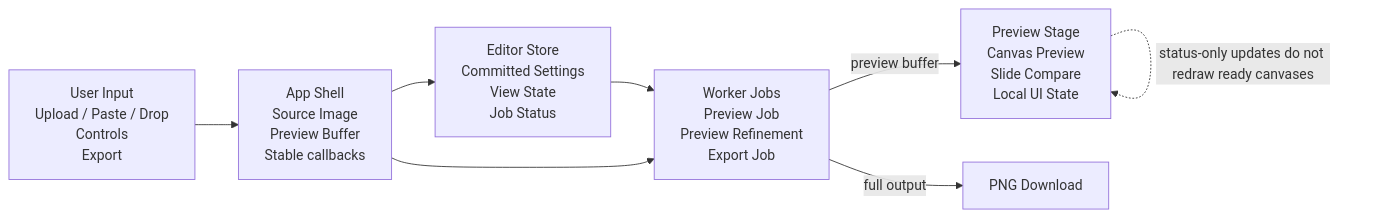
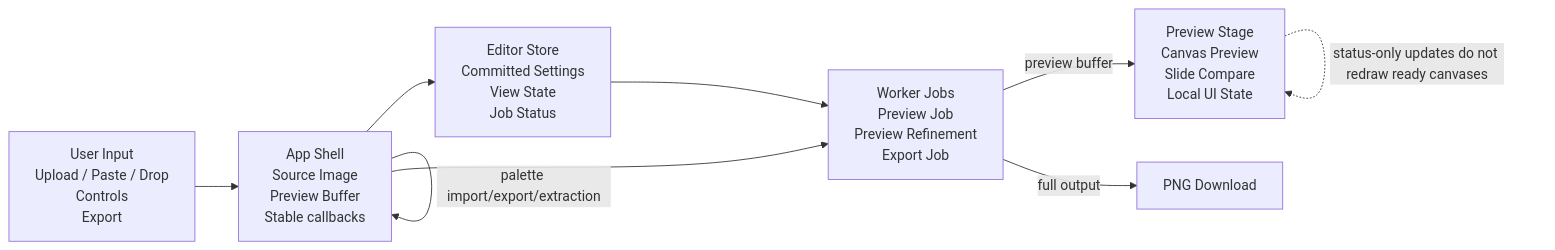
One commit to daanqq/imdither changed the diagram in README.md. Above: the diagram before and after it, drawn with Mermaid. The commit also changed other lines of this file and 21 other files, not shown here.

Commit message:
feat: implement palette management system with import, export, extraction, and custom color support

````diff
--- a/README.md
+++ b/README.md
@@ -66,17 +71,18 @@
 ```mermaid
 flowchart LR
   user["User Input<br/>Upload / Paste / Drop<br/>Controls<br/>Export"]
   app["App Shell<br/>Source Image<br/>Preview Buffer<br/>Stable callbacks"]
   store["Editor Store<br/>Committed Settings<br/>View State<br/>Job Status"]
   worker["Worker Jobs<br/>Preview Job<br/>Preview Refinement<br/>Export Job"]
   preview["Preview Stage<br/>Canvas Preview<br/>Slide Compare<br/>Local UI State"]
   png["PNG Download"]
 
   user --> app
   app --> store
+  app -->|palette import/export/extraction| app
   store --> worker
   app --> worker
   worker -->|preview buffer| preview
   worker -->|full output| png
   preview -. status-only updates do not redraw ready canvases .-> preview
 ```
````
